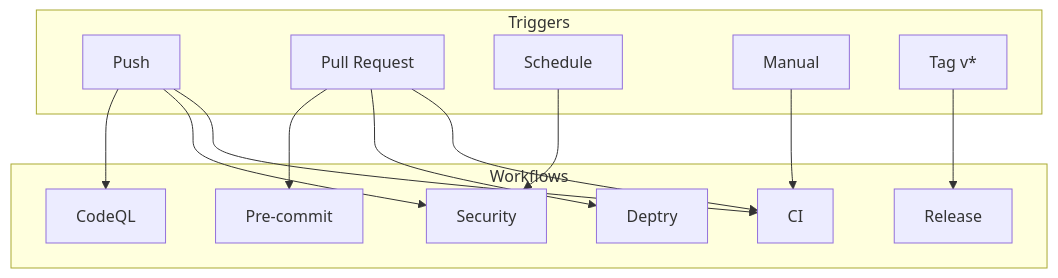
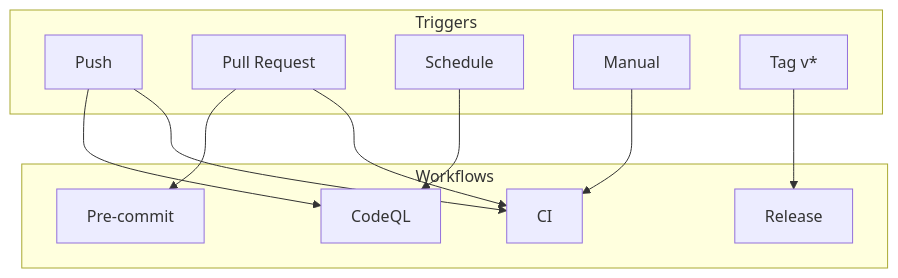
The seventh of 8 diagrams in docs/ARCHITECTURE.md (Jebel-Quant/rhiza-go), drawn with Mermaid before and after one commit. The commit also changed other lines of this file and 17 other files, not shown here.

````diff
--- a/docs/ARCHITECTURE.md
+++ b/docs/ARCHITECTURE.md
@@ -186,29 +179,25 @@
 ```mermaid
 flowchart TD
     subgraph Triggers
         push[Push]
         pr[Pull Request]
         schedule[Schedule]
         manual[Manual]
         tag[Tag v*]
     end
 
     subgraph Workflows
         ci[CI]
-        security[Security]
         codeql[CodeQL]
         release[Release]
-        deptry[Deptry]
         precommit[Pre-commit]
     end
 
     push --> ci
-    push --> security
     push --> codeql
     pr --> ci
-    pr --> deptry
     pr --> precommit
-    schedule --> security
+    schedule --> codeql
     manual --> ci
     tag --> release
 ```
````
